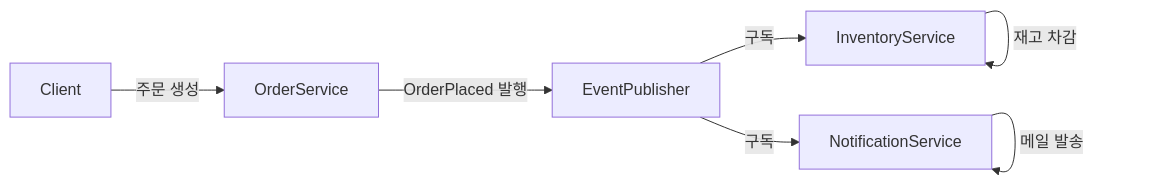
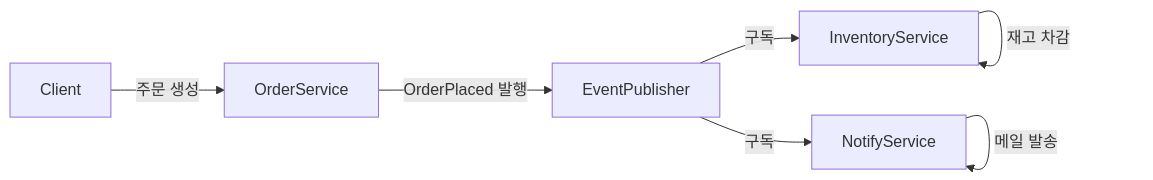
Before and after one commit to yjkim2015/yjkim2015.github.io: the third of 7 diagrams in _posts/architecture/2026-05-12-ddd-hexagonal-deep-dive.md, drawn with Mermaid. The commit also changed other lines of this file and 245 other files, not shown here.

First line of the commit message:
Mermaid 다이어그램 전면 수정 + 면접 포인트 접기/펼치기 + DB 데드락 페이지

````diff
--- a/_posts/architecture/2026-05-12-ddd-hexagonal-deep-dive.md
+++ b/_posts/architecture/2026-05-12-ddd-hexagonal-deep-dive.md
@@ -184,9 +184,9 @@
 ```mermaid
 graph LR
     CL["Client"] -->|"주문 생성"| OS["OrderService"]
     OS -->|"OrderPlaced 발행"| EP["EventPublisher"]
     EP -->|"구독"| IS["InventoryService"]
-    EP -->|"구독"| NS["NotificationService"]
+    EP -->|"구독"| NS["NotifyService"]
     IS -->|"재고 차감"| IS
     NS -->|"메일 발송"| NS
 ```
````
